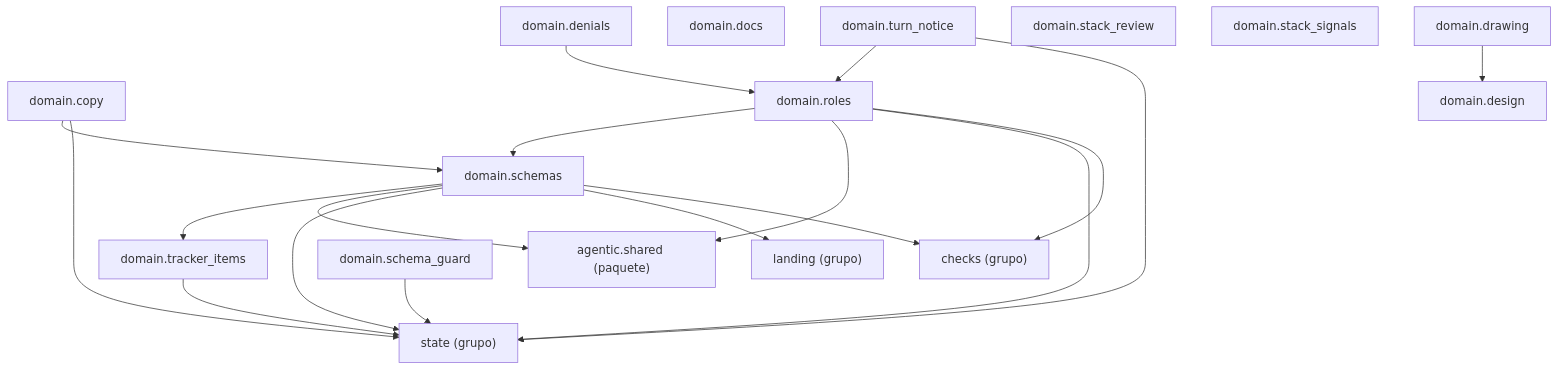
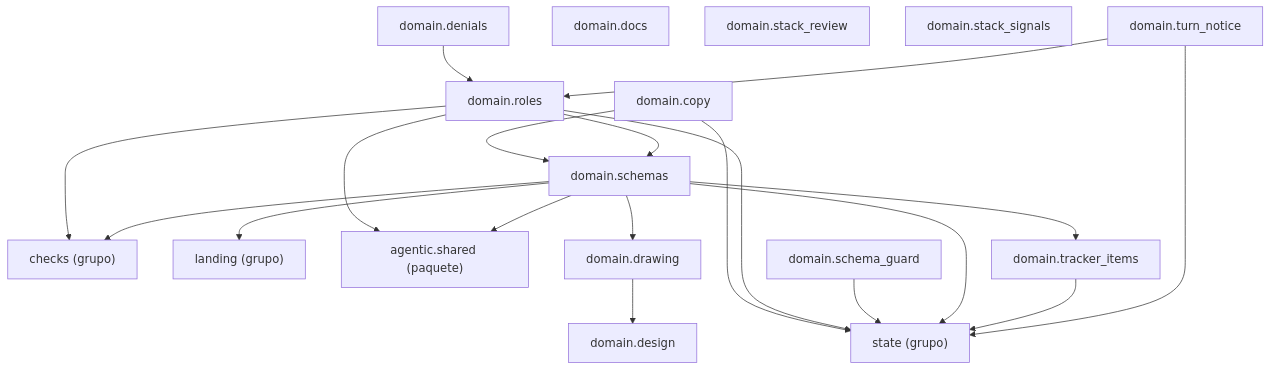
Before and after one commit to GonzaloZevallos/agentic-system: the diagram in docs/architecture/generated/packages-process-domain-roles.md, drawn with Mermaid. The commit also changed 27 other files, not shown here.

````diff
--- a/docs/architecture/generated/packages-process-domain-roles.md
+++ b/docs/architecture/generated/packages-process-domain-roles.md
@@ -12,36 +12,37 @@
 ```mermaid
 graph TD
     g_domain__checks["checks (grupo)"]
     g_domain__landing["landing (grupo)"]
     g_domain__state["state (grupo)"]
     g_pkg__agentic__shared["agentic.shared (paquete)"]
     m_domain__copy["domain.copy"]
     m_domain__denials["domain.denials"]
     m_domain__design["domain.design"]
     m_domain__docs["domain.docs"]
     m_domain__drawing["domain.drawing"]
     m_domain__roles["domain.roles"]
     m_domain__schema_guard["domain.schema_guard"]
     m_domain__schemas["domain.schemas"]
     m_domain__stack_review["domain.stack_review"]
     m_domain__stack_signals["domain.stack_signals"]
     m_domain__tracker_items["domain.tracker_items"]
     m_domain__turn_notice["domain.turn_notice"]
     m_domain__copy --> g_domain__state
     m_domain__copy --> m_domain__schemas
     m_domain__denials --> m_domain__roles
     m_domain__drawing --> m_domain__design
     m_domain__roles --> g_domain__checks
     m_domain__roles --> g_domain__state
     m_domain__roles --> g_pkg__agentic__shared
     m_domain__roles --> m_domain__schemas
     m_domain__schema_guard --> g_domain__state
     m_domain__schemas --> g_domain__checks
     m_domain__schemas --> g_domain__landing
     m_domain__schemas --> g_domain__state
     m_domain__schemas --> g_pkg__agentic__shared
+    m_domain__schemas --> m_domain__drawing
     m_domain__schemas --> m_domain__tracker_items
     m_domain__tracker_items --> g_domain__state
     m_domain__turn_notice --> g_domain__state
     m_domain__turn_notice --> m_domain__roles
 ```
````
